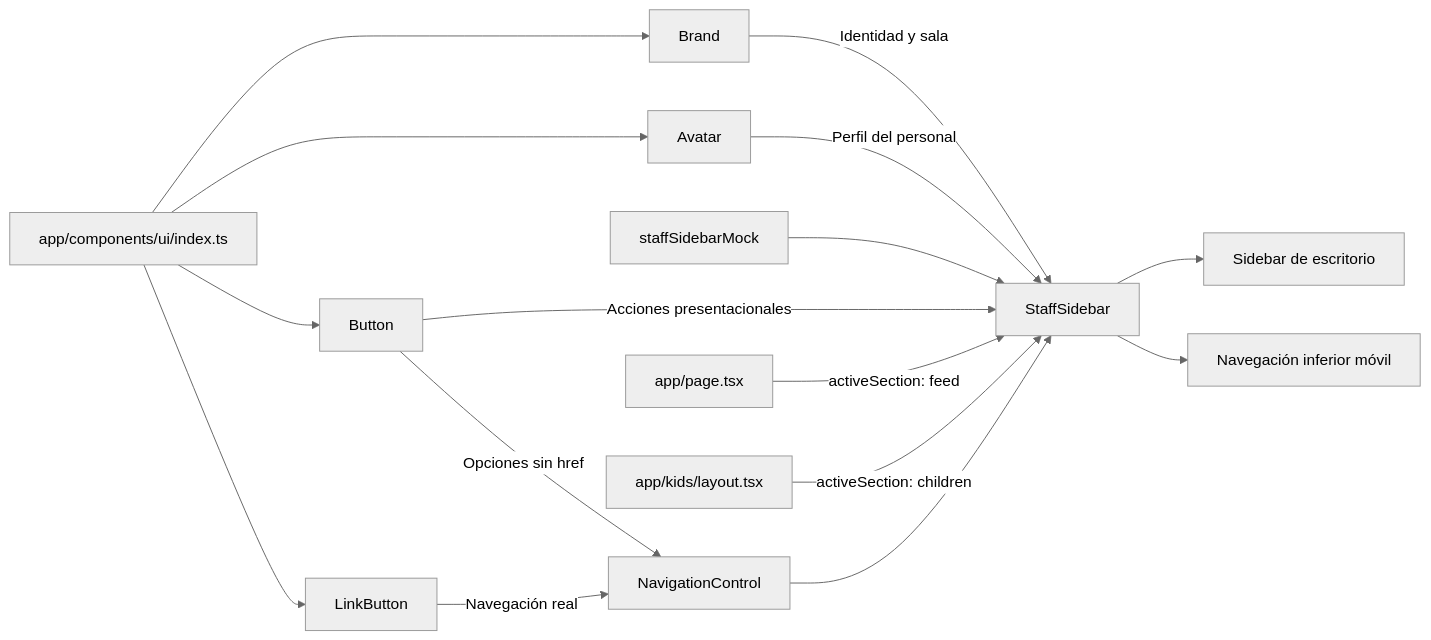
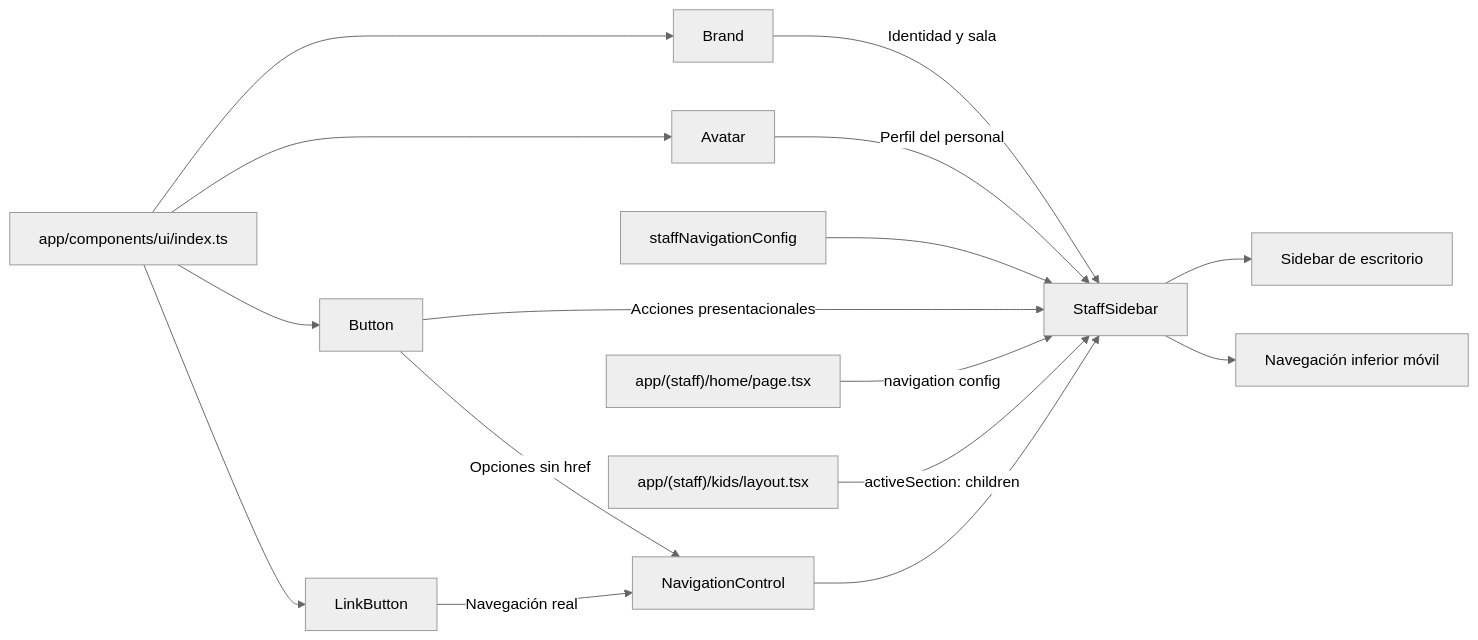
Before and after one commit to MLahuasi/opencode-daycare: the second of 2 diagrams in README.md, drawn with Mermaid (neutral theme). The commit also changed other lines of this file and 1 other file, not shown here.

Commit message:
DayCare - spec-08-application-architecture - Actualizar documentación.

````diff
--- a/README.md
+++ b/README.md
@@ -305,23 +322,23 @@
 ```mermaid
 flowchart LR
     BARREL["app/components/ui/index.ts"]
     BARREL --> BRAND[Brand]
     BARREL --> AVATAR[Avatar]
     BARREL --> BUTTON[Button]
     BARREL --> LINK[LinkButton]
 
-    MOCK[staffSidebarMock] --> SIDEBAR[StaffSidebar]
+    CONFIG[staffNavigationConfig] --> SIDEBAR[StaffSidebar]
 
     BRAND -->|Identidad y sala| SIDEBAR
     AVATAR -->|Perfil del personal| SIDEBAR
     BUTTON -->|Acciones presentacionales| SIDEBAR
     LINK -->|Navegación real| NAV[NavigationControl]
     BUTTON -->|Opciones sin href| NAV
     NAV --> SIDEBAR
 
     SIDEBAR --> DESKTOP[Sidebar de escritorio]
     SIDEBAR --> MOBILE[Navegación inferior móvil]
 
-    HOME["app/page.tsx"] -->|activeSection: feed| SIDEBAR
-    KIDS["app/kids/layout.tsx"] -->|activeSection: children| SIDEBAR
+    HOME["app/(staff)/home/page.tsx"] -->|navigation config| SIDEBAR
+    KIDS["app/(staff)/kids/layout.tsx"] -->|activeSection: children| SIDEBAR
 ```
````
